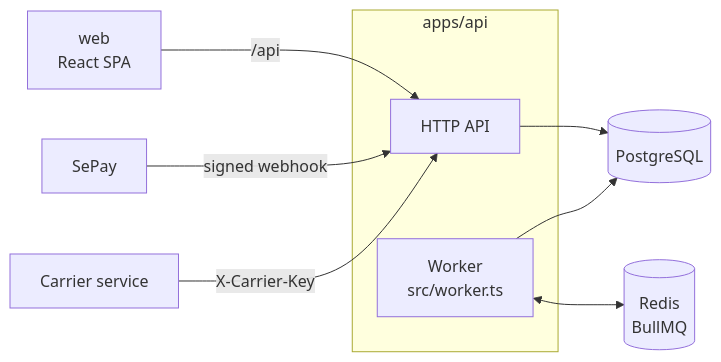
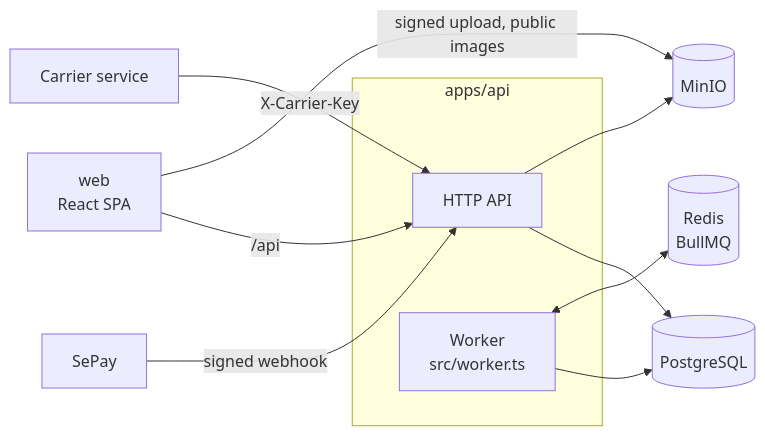
The diagram in README.md (theanhtong/ecommerce), drawn with Mermaid before and after one commit. The commit also changed other lines of this file and 25 other files, not shown here.

Commit message:
feat(images): upload item images straight to MinIO through signed forms

````diff
--- a/README.md
+++ b/README.md
@@ -16,13 +16,15 @@
 ```mermaid
 flowchart LR
   web[web<br/>React SPA] -->|/api| api
   sepay[SePay] -->|signed webhook| api
   carrier[Carrier service] -->|X-Carrier-Key| api
   subgraph monolith[apps/api]
     api[HTTP API]
     worker[Worker<br/>src/worker.ts]
   end
   api --> pg[(PostgreSQL)]
   worker --> pg
   worker <--> redis[(Redis<br/>BullMQ)]
+  api --> minio[(MinIO)]
+  web -->|signed upload, public images| minio
 ```
````
